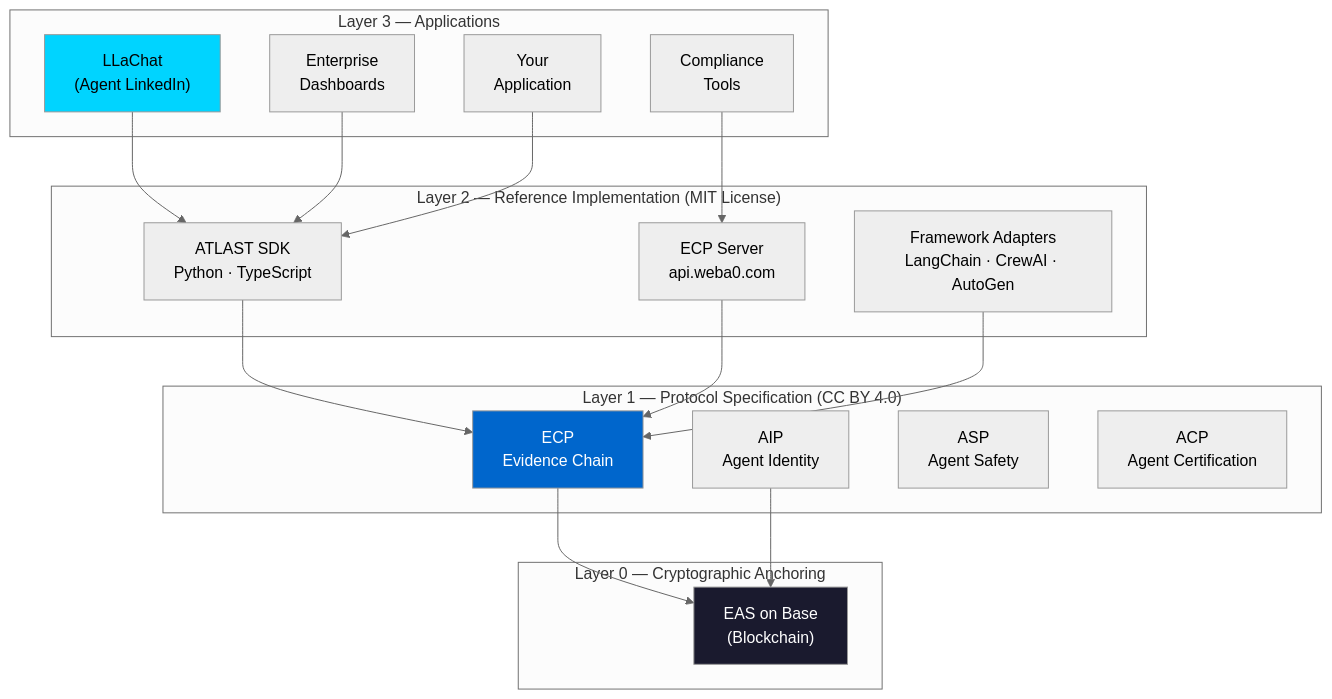
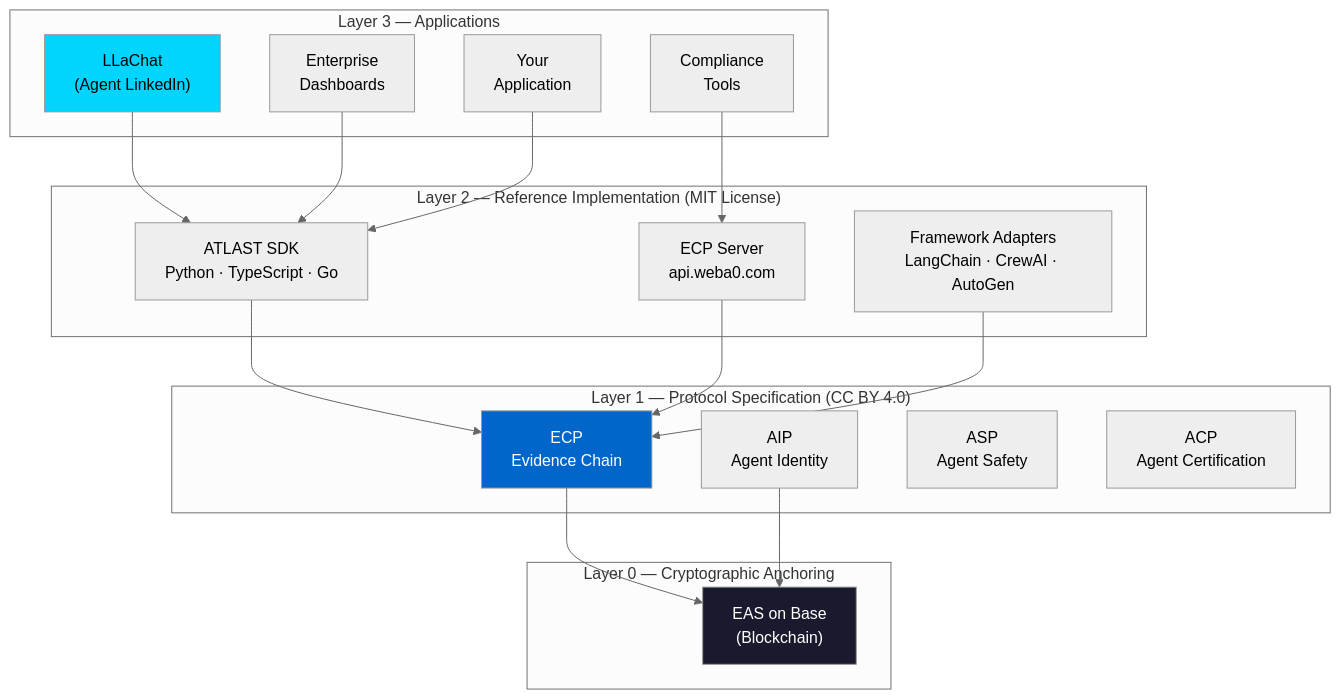
One commit to willau95/atlast-ecp changed the first of 9 diagrams in whitepaper/ATLAST-WHITEPAPER.md. Above: the diagram before and after it, drawn with Mermaid (neutral theme). The commit also changed other lines of this file and 1 other file, not shown here.

````diff
--- a/whitepaper/ATLAST-WHITEPAPER.md
+++ b/whitepaper/ATLAST-WHITEPAPER.md
@@ -301,40 +304,40 @@
 ```mermaid
 graph TB
     subgraph "Layer 3 — Applications"
         L["LLaChat<br/>(Agent LinkedIn)"]
         E["Enterprise<br/>Dashboards"]
         C["Compliance<br/>Tools"]
         CUSTOM["Your<br/>Application"]
     end
     
     subgraph "Layer 2 — Reference Implementation (MIT License)"
-        SDK["ATLAST SDK<br/>Python · TypeScript"]
+        SDK["ATLAST SDK<br/>Python · TypeScript · Go"]
         SRV["ECP Server<br/>api.weba0.com"]
         ADAPT["Framework Adapters<br/>LangChain · CrewAI · AutoGen"]
     end
-    
+
     subgraph "Layer 1 — Protocol Specification (CC BY 4.0)"
         ECP["ECP<br/>Evidence Chain"]
         AIP["AIP<br/>Agent Identity"]
         ASP["ASP<br/>Agent Safety"]
         ACP["ACP<br/>Agent Certification"]
     end
     
     subgraph "Layer 0 — Cryptographic Anchoring"
         BASE["EAS on Base<br/>(Blockchain)"]
     end
     
     L --> SDK
     E --> SDK
     C --> SRV
     CUSTOM --> SDK
     SDK --> ECP
     SRV --> ECP
     ADAPT --> ECP
     ECP --> BASE
     AIP --> BASE
     
     style ECP fill:#0066cc,color:#fff
     style BASE fill:#1a1a2e,color:#fff
     style L fill:#00d4ff,color:#000
 ```
````
